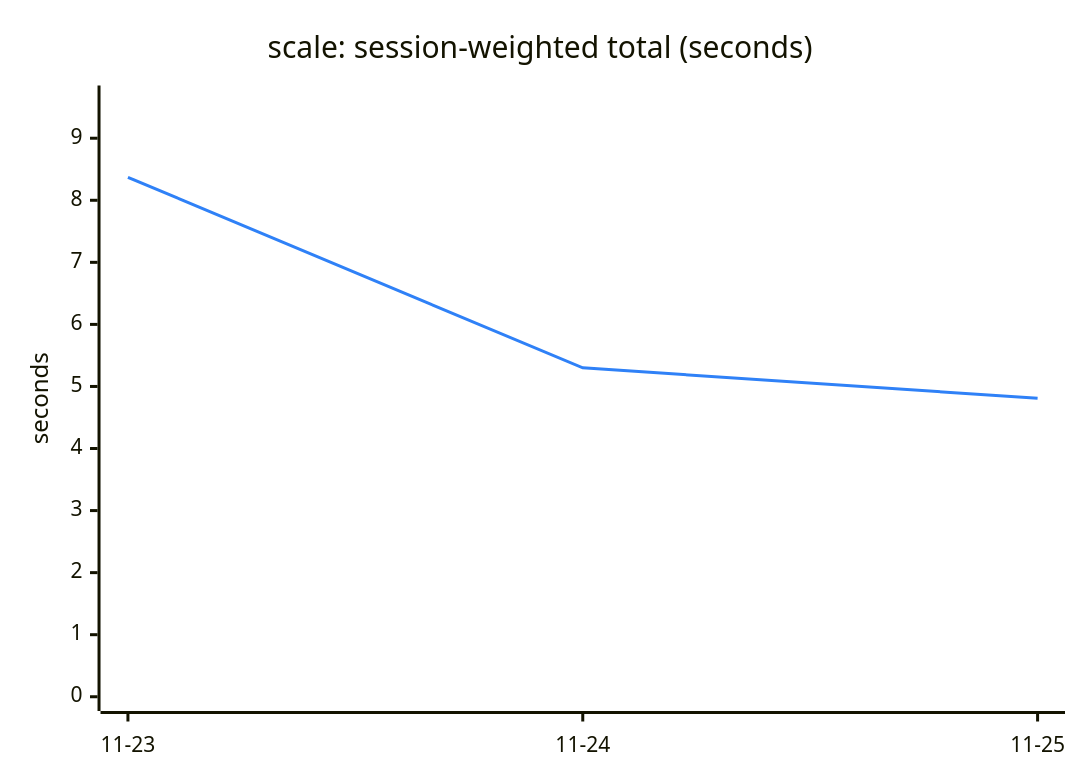
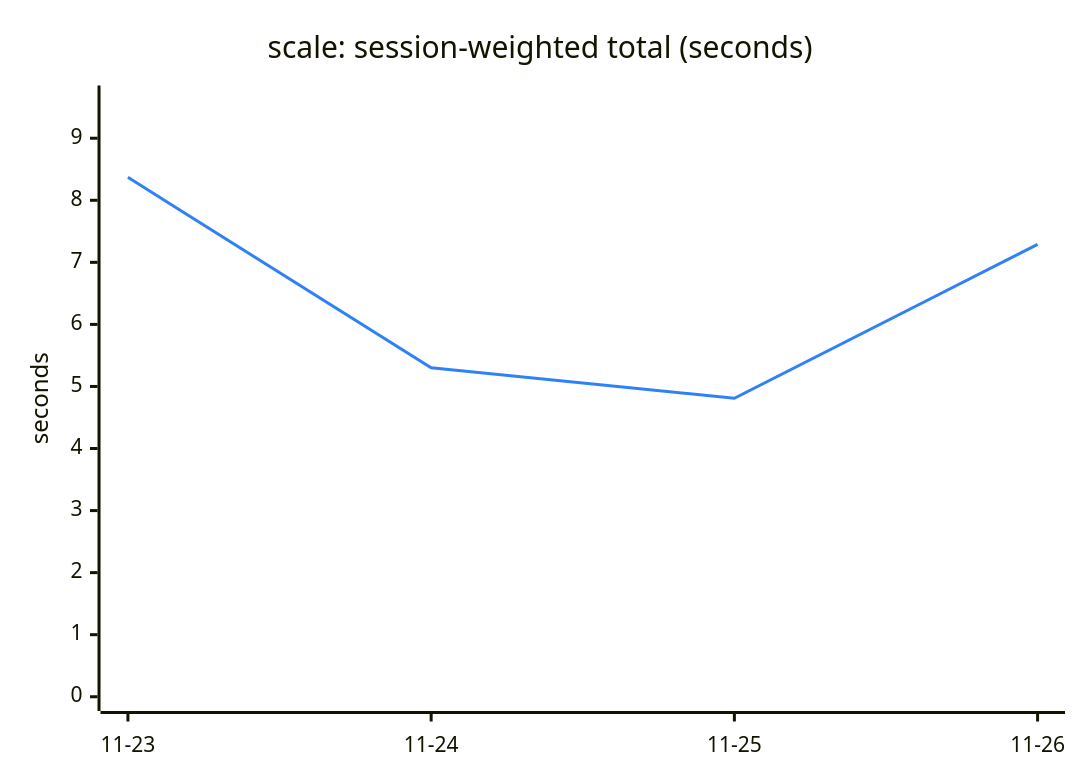
The third of 6 diagrams in TREND.md (engalar/mxcli), drawn with Mermaid before and after one commit. The commit also changed other lines of this file and 2 other files, not shown here.

````diff
--- a/TREND.md
+++ b/TREND.md
@@ -83,13 +83,13 @@
 ```mermaid
 ---
 config:
   themeVariables:
     xyChart:
       plotColorPalette: "#2f81f7"
 ---
 xychart-beta
     title "scale: session-weighted total (seconds)"
-    x-axis ["11-23", "11-24", "11-25"]
+    x-axis ["11-23", "11-24", "11-25", "11-26"]
     y-axis "seconds" 0 --> 9.62
-    line [8.37, 5.30, 4.81]
+    line [8.37, 5.30, 4.81, 7.29]
 ```
````
